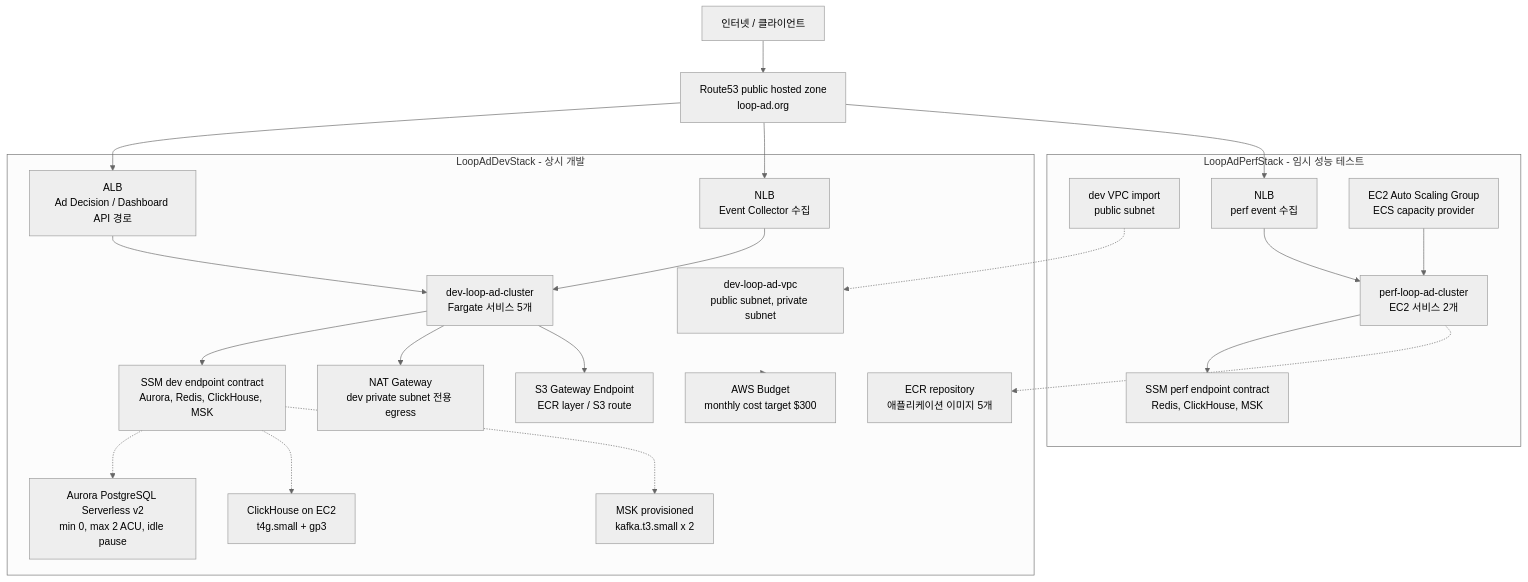
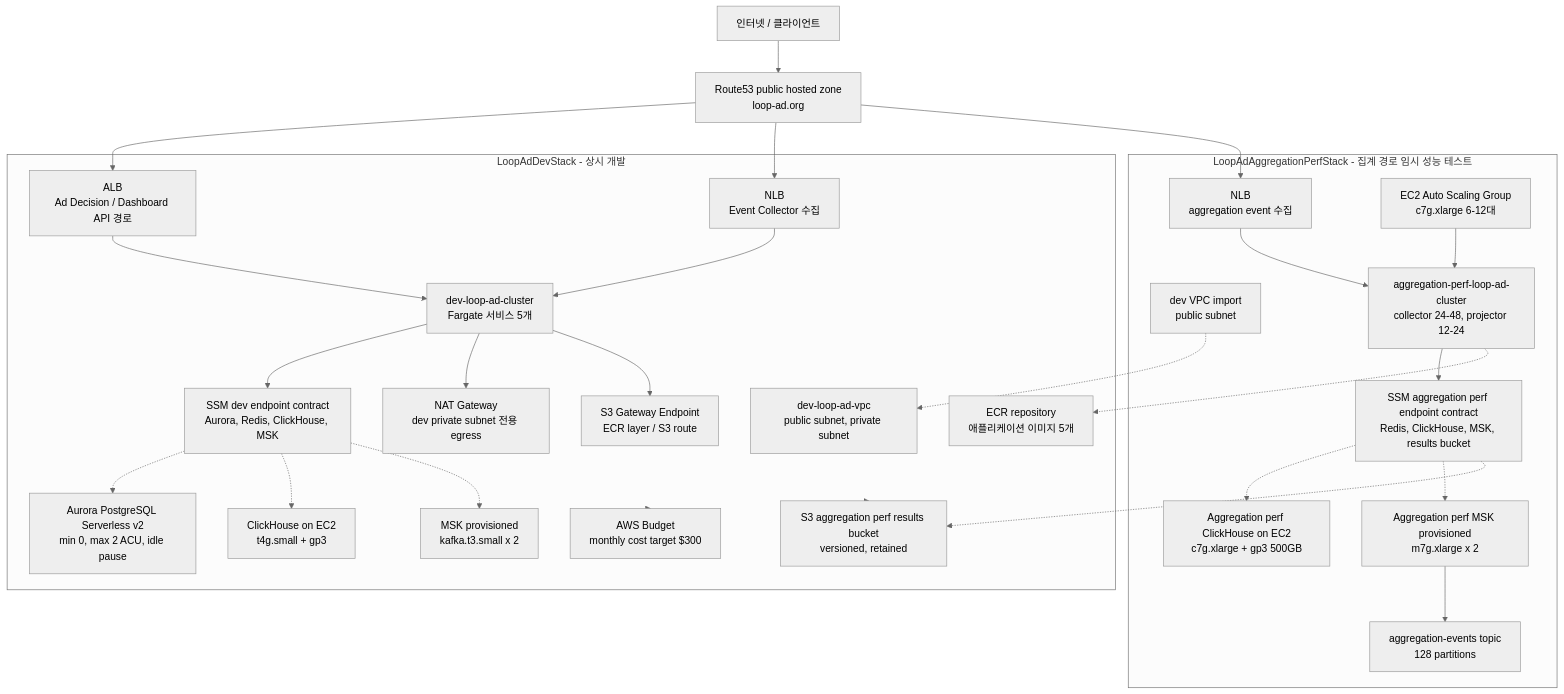
The diagram in README.md (krafton-jungle-project-4team/loop-ad_infra), drawn with Mermaid (neutral theme) before and after one commit. The commit also changed other lines of this file and 11 other files, not shown here.

Commit message:
Scope aggregation performance stack

````diff
--- a/README.md
+++ b/README.md
@@ -32,49 +37,58 @@
 ```mermaid
 flowchart TB
     Internet["인터넷 / 클라이언트"]
     Route53["Route53 public hosted zone<br/>loop-ad.org"]
 
     subgraph DevStack["LoopAdDevStack - 상시 개발"]
         Vpc["dev-loop-ad-vpc<br/>public subnet, private subnet"]
         Nat["NAT Gateway<br/>dev private subnet 전용 egress"]
         S3Endpoint["S3 Gateway Endpoint<br/>ECR layer / S3 route"]
         Budget["AWS Budget<br/>monthly cost target $300"]
         Ecr["ECR repository<br/>애플리케이션 이미지 5개"]
+        AggregationPerfResultsBucket["S3 aggregation perf results bucket<br/>versioned, retained"]
         DevAlb["ALB<br/>Ad Decision / Dashboard API 경로"]
         DevNlb["NLB<br/>Event Collector 수집"]
         DevEcs["dev-loop-ad-cluster<br/>Fargate 서비스 5개"]
         DevContracts["SSM dev endpoint contract<br/>Aurora, Redis, ClickHouse, MSK"]
         Aurora["Aurora PostgreSQL Serverless v2<br/>min 0, max 2 ACU, idle pause"]
         ClickHouse["ClickHouse on EC2<br/>t4g.small + gp3"]
         Msk["MSK provisioned<br/>kafka.t3.small x 2"]
     end
 
-    subgraph PerfStack["LoopAdPerfStack - 임시 성능 테스트"]
-        PerfImport["dev VPC import<br/>public subnet"]
-        PerfNlb["NLB<br/>perf event 수집"]
-        PerfCapacity["EC2 Auto Scaling Group<br/>ECS capacity provider"]
-        PerfEcs["perf-loop-ad-cluster<br/>EC2 서비스 2개"]
-        PerfContracts["SSM perf endpoint contract<br/>Redis, ClickHouse, MSK"]
+    subgraph AggregationPerfStack["LoopAdAggregationPerfStack - 집계 경로 임시 성능 테스트"]
+        AggregationPerfImport["dev VPC import<br/>public subnet"]
+        AggregationPerfNlb["NLB<br/>aggregation event 수집"]
+        AggregationPerfCapacity["EC2 Auto Scaling Group<br/>c7g.xlarge 6-12대"]
+        AggregationPerfEcs["aggregation-perf-loop-ad-cluster<br/>collector 24-48, projector 12-24"]
+        AggregationPerfClickHouse["Aggregation perf ClickHouse on EC2<br/>c7g.xlarge + gp3 500GB"]
+        AggregationPerfMsk["Aggregation perf MSK provisioned<br/>m7g.xlarge x 2"]
+        AggregationPerfTopic["aggregation-events topic<br/>128 partitions"]
+        AggregationPerfContracts["SSM aggregation perf endpoint contract<br/>Redis, ClickHouse, MSK, results bucket"]
     end
 
     Internet --> Route53
     Route53 --> DevAlb
     Route53 --> DevNlb
-    Route53 --> PerfNlb
+    Route53 --> AggregationPerfNlb
 
     DevAlb --> DevEcs
     DevNlb --> DevEcs
     DevEcs --> DevContracts
     DevEcs --> Nat
     DevEcs --> S3Endpoint
     DevContracts -.-> Aurora
     DevContracts -.-> ClickHouse
     DevContracts -.-> Msk
     DevStack --> Budget
+    DevStack --> AggregationPerfResultsBucket
 
-    PerfImport -.-> Vpc
-    PerfNlb --> PerfEcs
-    PerfCapacity --> PerfEcs
-    PerfEcs --> PerfContracts
-    PerfEcs -.-> Ecr
+    AggregationPerfImport -.-> Vpc
+    AggregationPerfNlb --> AggregationPerfEcs
+    AggregationPerfCapacity --> AggregationPerfEcs
+    AggregationPerfEcs --> AggregationPerfContracts
+    AggregationPerfContracts -.-> AggregationPerfClickHouse
+    AggregationPerfContracts -.-> AggregationPerfMsk
+    AggregationPerfContracts -.-> AggregationPerfResultsBucket
+    AggregationPerfMsk --> AggregationPerfTopic
+    AggregationPerfEcs -.-> Ecr
 ```
````
